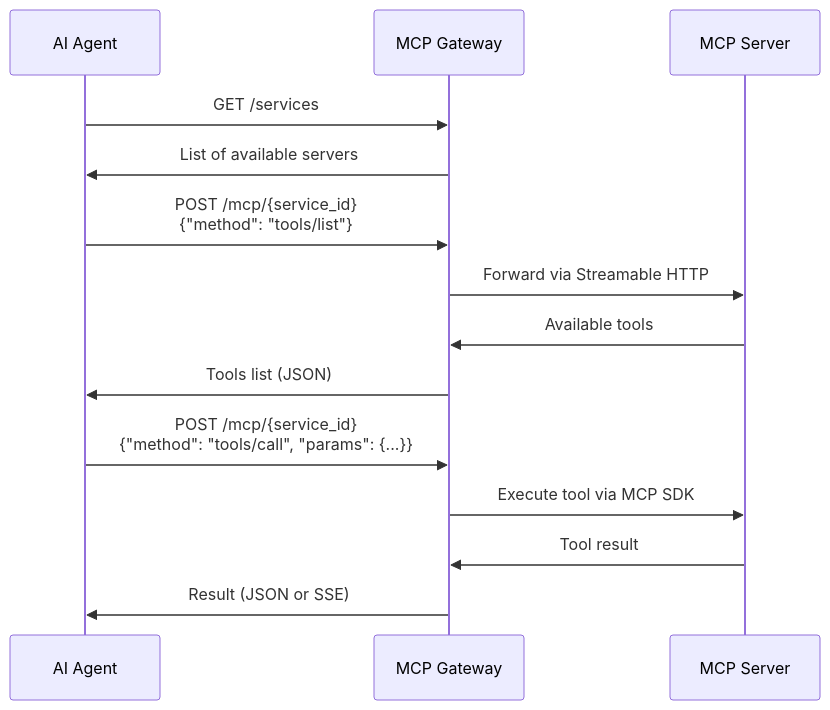
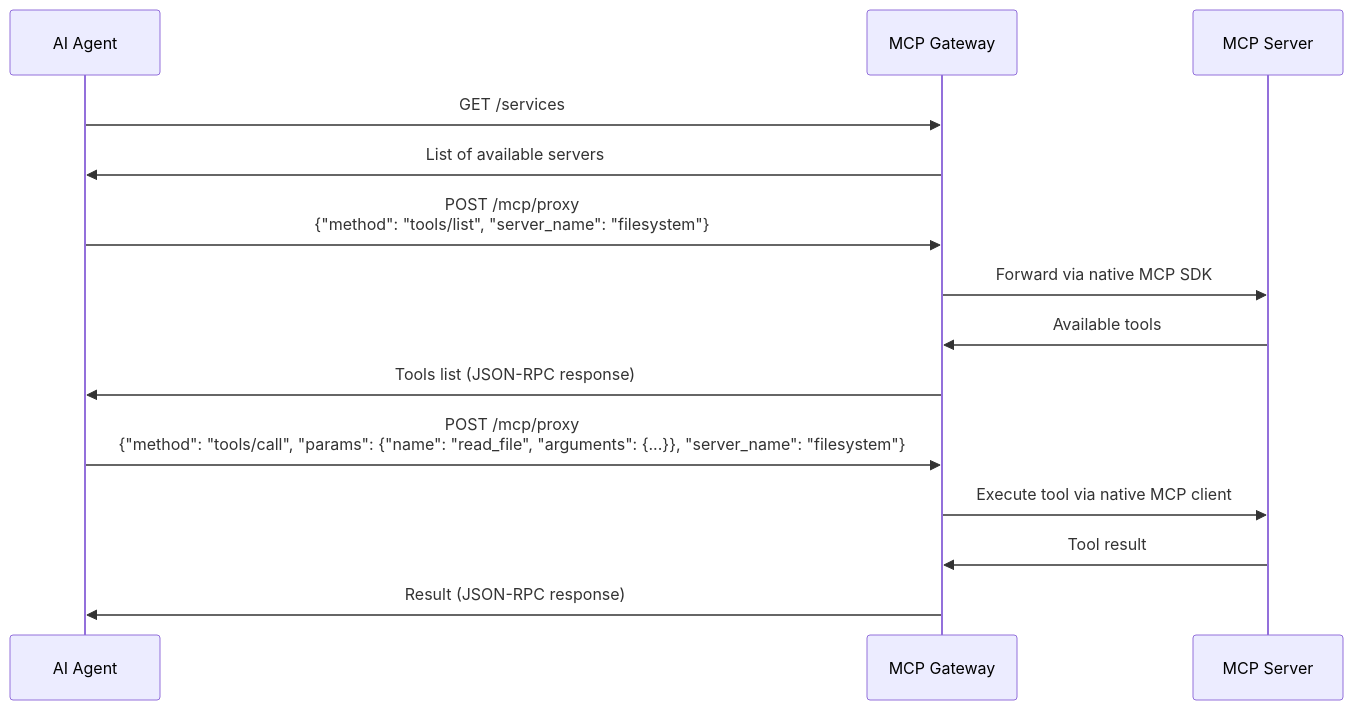
The diagram in docs/Agent_Integration_Guide.md (codingjam/bridge-mcp), drawn with Mermaid before and after one commit. The commit also changed other lines of this file and 31 other files, not shown here.

First line of the commit message:
Complete MCP Gateway refactoring: migrate to native client with clean architecture

````diff
--- a/docs/Agent_Integration_Guide.md
+++ b/docs/Agent_Integration_Guide.md
@@ -31,19 +40,19 @@
 ```mermaid
 sequenceDiagram
     participant Agent as AI Agent
     participant Gateway as MCP Gateway
     participant Server as MCP Server
 
     Agent->>Gateway: GET /services
     Gateway->>Agent: List of available servers
     
-    Agent->>Gateway: POST /mcp/{service_id}<br/>{"method": "tools/list"}
-    Gateway->>Server: Forward via Streamable HTTP
+    Agent->>Gateway: POST /mcp/proxy<br/>{"method": "tools/list", "server_name": "filesystem"}
+    Gateway->>Server: Forward via native MCP SDK
     Server->>Gateway: Available tools
-    Gateway->>Agent: Tools list (JSON)
+    Gateway->>Agent: Tools list (JSON-RPC response)
     
-    Agent->>Gateway: POST /mcp/{service_id}<br/>{"method": "tools/call", "params": {...}}
-    Gateway->>Server: Execute tool via MCP SDK
+    Agent->>Gateway: POST /mcp/proxy<br/>{"method": "tools/call", "params": {"name": "read_file", "arguments": {...}}, "server_name": "filesystem"}
+    Gateway->>Server: Execute tool via native MCP client
     Server->>Gateway: Tool result
-    Gateway->>Agent: Result (JSON or SSE)
+    Gateway->>Agent: Result (JSON-RPC response)
 ```
````
